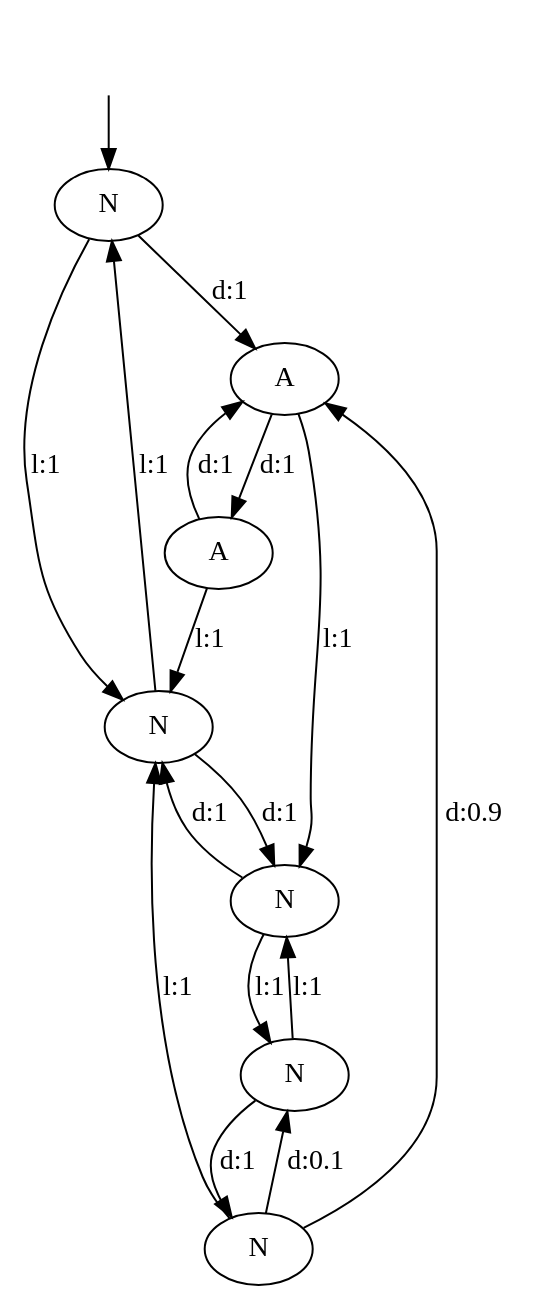
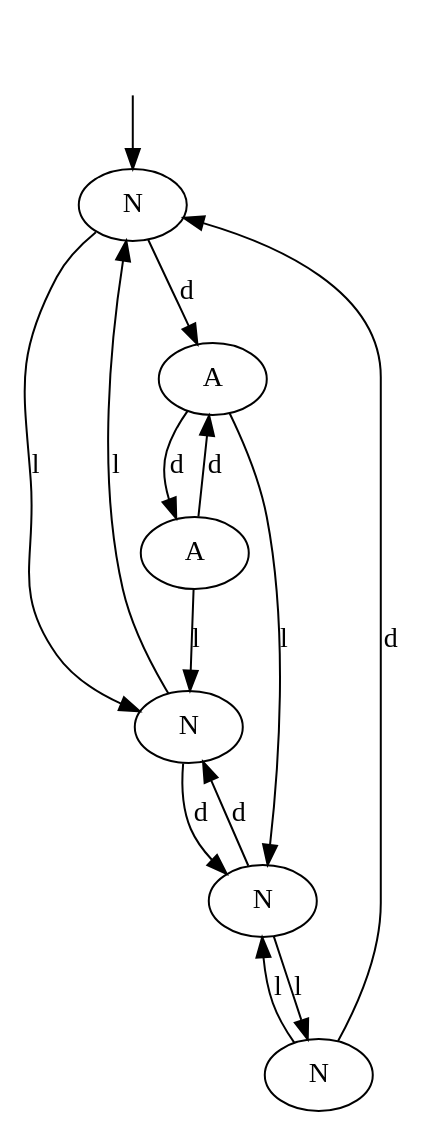
One commit to DES-Lab/AALpy changed the diagram in DotModels/car_alarm.dot. Above: the diagram before and after it, drawn with Graphviz.

Commit message:
fixed car alarm model

```diff
--- a/DotModels/car_alarm.dot
+++ b/DotModels/car_alarm.dot
@@ -1,26 +1,22 @@
 digraph car_alarm {
 q1_locked_closed [label="N"];
 q2_locked_open [label="A"];
 q3_locked_closed [label="A"];
 q5_unlocked_closed [label="N"];
 q6_unlocked_open [label="N"];
 q7_locked_open [label="N"];
-q4_faulty [label="N"];
-q1_locked_closed -> q2_locked_open  [label="d:1"];
-q1_locked_closed -> q5_unlocked_closed  [label="l:1"];
-q2_locked_open -> q3_locked_closed  [label="d:1"];
-q2_locked_open -> q6_unlocked_open  [label="l:1"];
-q3_locked_closed -> q2_locked_open  [label="d:1"];
-q3_locked_closed -> q5_unlocked_closed  [label="l:1"];
-q5_unlocked_closed -> q6_unlocked_open  [label="d:1"];
-q5_unlocked_closed -> q1_locked_closed  [label="l:1"];
-q6_unlocked_open -> q5_unlocked_closed  [label="d:1"];
-q6_unlocked_open -> q7_locked_open  [label="l:1"];
-q7_locked_open -> q4_faulty  [label="d:1"];
-q7_locked_open -> q6_unlocked_open  [label="l:1"];
-q4_faulty -> q2_locked_open  [label="d:0.9"];
-q4_faulty -> q7_locked_open  [label="d:0.1"];
-q4_faulty -> q5_unlocked_closed  [label="l:1"];
+q1_locked_closed -> q2_locked_open  [label="d"];
+q1_locked_closed -> q5_unlocked_closed  [label="l"];
+q2_locked_open -> q3_locked_closed  [label="d"];
+q2_locked_open -> q6_unlocked_open  [label="l"];
+q3_locked_closed -> q2_locked_open  [label="d"];
+q3_locked_closed -> q5_unlocked_closed  [label="l"];
+q5_unlocked_closed -> q6_unlocked_open  [label="d"];
+q5_unlocked_closed -> q1_locked_closed  [label="l"];
+q6_unlocked_open -> q5_unlocked_closed  [label="d"];
+q6_unlocked_open -> q7_locked_open  [label="l"];
+q7_locked_open -> q1_locked_closed  [label="d"];
+q7_locked_open -> q6_unlocked_open  [label="l"];
 __start0 [label="", shape=none];
 __start0 -> q1_locked_closed  [label=""];
 }
```
